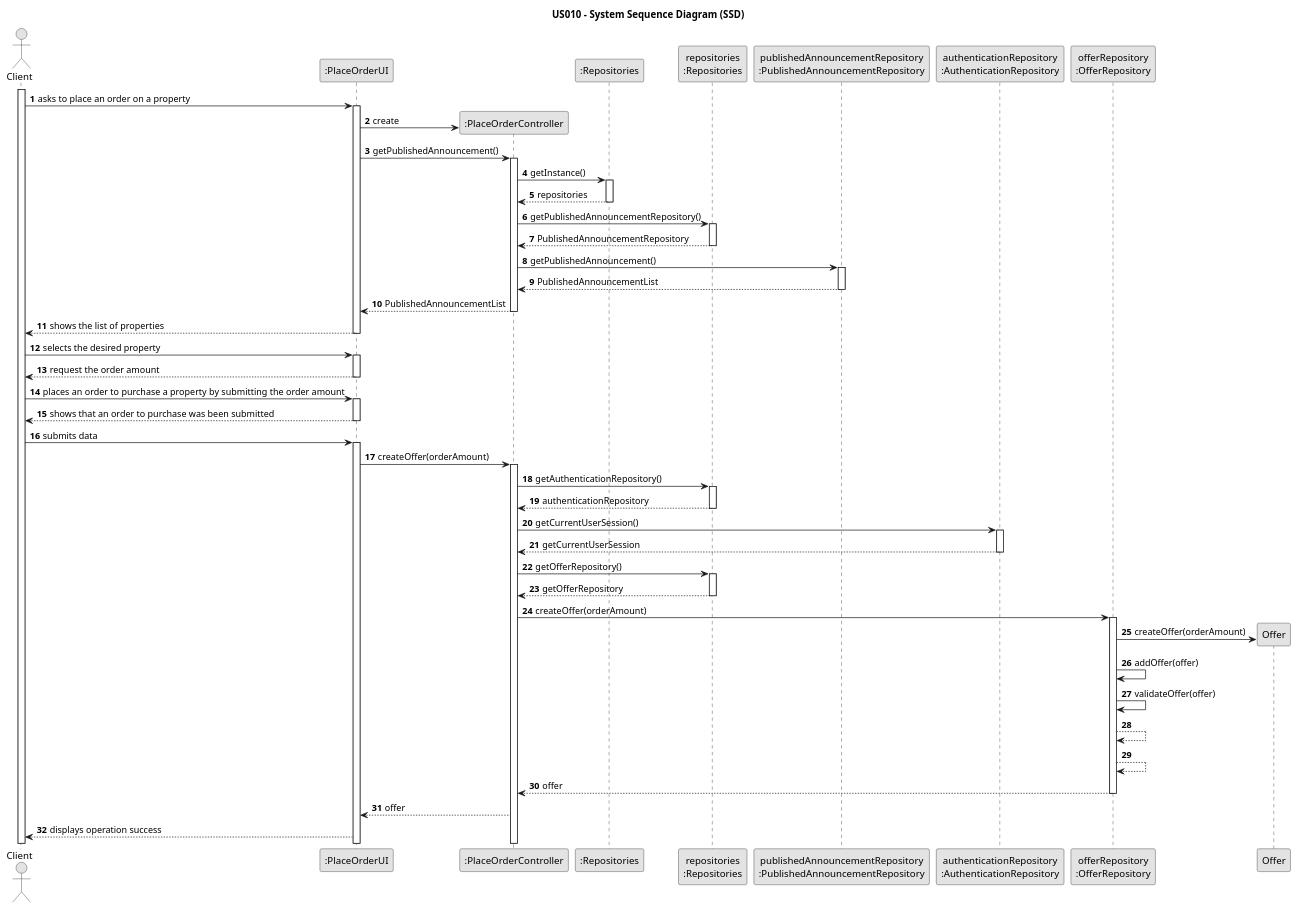
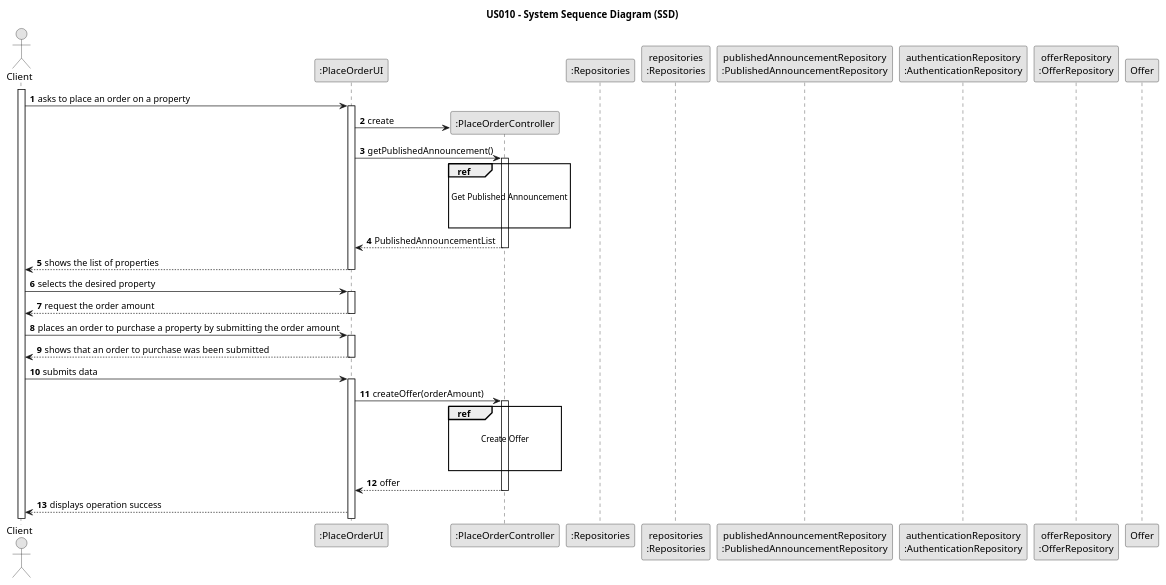
One commit to PureNimble/ISEP-LAPR2 changed the diagram in docs/sprintC/US10/03.design/puml/us010-sequence-diagram-split.puml. Above: the diagram before and after it, drawn with PlantUML. The commit also changed 1 other file, not shown here.

```diff
--- a/docs/sprintC/US10/03.design/puml/us010-sequence-diagram-split.puml
+++ b/docs/sprintC/US10/03.design/puml/us010-sequence-diagram-split.puml
@@ -1,144 +1,157 @@
 @startuml
 
 skinparam monochrome true
 skinparam packageStyle rectangle
 skinparam shadowing false
 
 title US010 - System Sequence Diagram (SSD)
 
 autonumber
 
 actor "Client" as Client
 participant ":PlaceOrderUI" as System
 participant ":PlaceOrderController" as Controller
 participant ":Repositories" as RepositorySingleton
 participant "repositories\n:Repositories" as Repositories
 participant "publishedAnnouncementRepository\n:PublishedAnnouncementRepository" as PublishedAnnouncementRepository
 participant "authenticationRepository\n:AuthenticationRepository" as AuthenticationRepository
 participant "offerRepository\n:OfferRepository" as OfferRepository
 participant "Offer" as Offer
 
 activate Client
 
 Client -> System : asks to place an order on a property
 activate System
 
 System -> Controller** : create
 
 System -> Controller : getPublishedAnnouncement()
 activate Controller
 
-Controller -> RepositorySingleton : getInstance()
-activate RepositorySingleton
+ref over Controller
 
-RepositorySingleton --> Controller: repositories
-deactivate RepositorySingleton
+Get Published Announcement
 
-Controller -> Repositories : getPublishedAnnouncementRepository()
-activate Repositories
+'Controller -> RepositorySingleton : getInstance()
+'activate RepositorySingleton
+'
+'RepositorySingleton --> Controller: repositories
+'deactivate RepositorySingleton
+'
+'Controller -> Repositories : getPublishedAnnouncementRepository()
+'activate Repositories
+'
+'Repositories --> Controller: PublishedAnnouncementRepository
+'deactivate Repositories
+'
+'Controller -> PublishedAnnouncementRepository : getPublishedAnnouncement()
+'activate PublishedAnnouncementRepository
+'
+'PublishedAnnouncementRepository --> Controller : PublishedAnnouncementList
+'deactivate PublishedAnnouncementRepository
 
-Repositories --> Controller: PublishedAnnouncementRepository
-deactivate Repositories
-
-Controller -> PublishedAnnouncementRepository : getPublishedAnnouncement()
-activate PublishedAnnouncementRepository
-
-PublishedAnnouncementRepository --> Controller : PublishedAnnouncementList
-deactivate PublishedAnnouncementRepository
+end
 
 Controller --> System : PublishedAnnouncementList
 deactivate Controller
 
 System --> Client : shows the list of properties
 deactivate System
 
 Client -> System : selects the desired property
 activate System
 
 System --> Client : request the order amount
 deactivate System
 
 Client -> System : places an order to purchase a property by submitting the order amount
 activate System
 
 '    alt order amount is superior
 '
 '        loop if the order amount is higher than the owner's requested proce
 '
 '            System --> Client : asks for a new price
 '            deactivate System
 '
 '            Client -> System : places a new order with an inferior order amount
 '            activate System
 '
 '        end
 '
 '    else order amount is inferior
 '
 '        System --> Client : accepts the purchase request
 '        deactivate System
 '
 '    end
 
 System --> Client : shows that an order to purchase was been submitted
 deactivate System
 
 Client -> System : submits data
 activate System
 
 System -> Controller : createOffer(orderAmount)
 activate Controller
 
-Controller -> Repositories : getAuthenticationRepository()
-activate Repositories
+ref over Controller
 
-Repositories --> Controller : authenticationRepository
-deactivate Repositories
+    Create Offer
 
-Controller -> AuthenticationRepository : getCurrentUserSession()
-activate AuthenticationRepository
+'Controller -> Repositories : getAuthenticationRepository()
+'activate Repositories
+'
+'Repositories --> Controller : authenticationRepository
+'deactivate Repositories
+'
+'Controller -> AuthenticationRepository : getCurrentUserSession()
+'activate AuthenticationRepository
+'
+'AuthenticationRepository --> Controller : getCurrentUserSession
+'deactivate AuthenticationRepository
+'
+'Controller -> Repositories : getOfferRepository()
+'activate Repositories
+'
+'Repositories --> Controller : getOfferRepository
+'deactivate Repositories
+'
+'Controller -> OfferRepository : createOffer(orderAmount)
+'activate OfferRepository
+'
+'OfferRepository -> Offer** : createOffer(orderAmount)
+'
+'OfferRepository -> OfferRepository : addOffer(offer)
+'
+'OfferRepository -> OfferRepository : validateOffer(offer)
+'
+'OfferRepository --> OfferRepository
+'
+'OfferRepository --> OfferRepository
+'
+'OfferRepository --> Controller : offer
+'deactivate OfferRepository
 
-AuthenticationRepository --> Controller : getCurrentUserSession
-deactivate AuthenticationRepository
-
-Controller -> Repositories : getOfferRepository()
-activate Repositories
-
-Repositories --> Controller : getOfferRepository
-deactivate Repositories
-
-Controller -> OfferRepository : createOffer(orderAmount)
-activate OfferRepository
-
-OfferRepository -> Offer** : createOffer(orderAmount)
-
-OfferRepository -> OfferRepository : addOffer(offer)
-
-OfferRepository -> OfferRepository : validateOffer(offer)
-
-OfferRepository --> OfferRepository
-
-OfferRepository --> OfferRepository
-
-OfferRepository --> Controller : offer
-deactivate OfferRepository
+end
 
 Controller --> System : offer
+deactivate Controller
 
 'Controller -> OfferRepository : checkExistingOffer(offer)
 'activate OfferRepository
 '
 'OfferRepository --> Controller : checkExistingOffer
 'deactivate OfferRepository
 '
 '    opt if checkExistingOffer == true
 '
 '       Controller --> System : checkExistingOffer
 '
 '       System --> Client : asks the user to wait until the pending request is either accepted or rejected
 '
 '    end
 
 System --> Client : displays operation success
 
 @enduml
```
